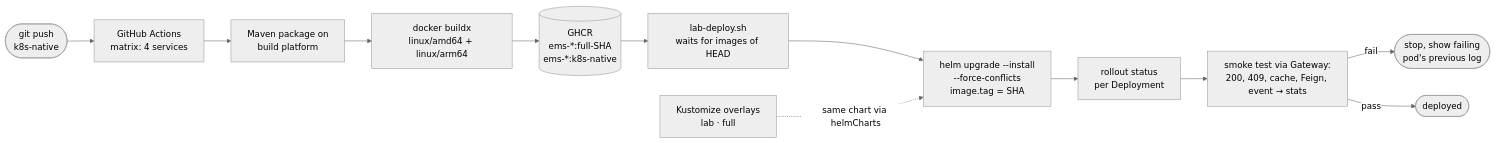
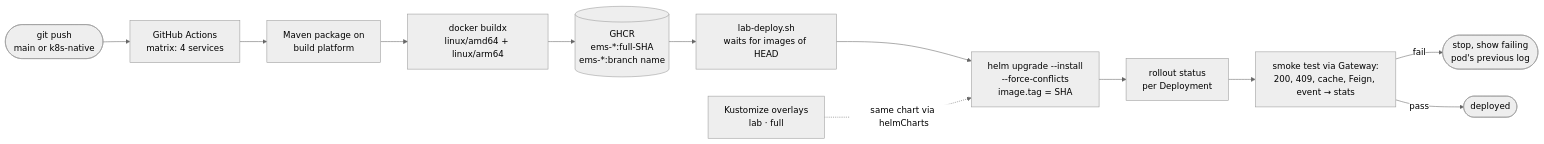
One commit to UchihaIthachi/EMS changed diagram 19 of 24 in docs/diagrams.md. Above: the diagram before and after it, drawn with Mermaid (neutral theme). The commit also changed 2 other files, not shown here.

Commit message:
Docs: refer to v0-legacy tag for the old version; ready to merge to main

````diff
--- a/docs/diagrams.md
+++ b/docs/diagrams.md
@@ -513,14 +513,14 @@
 ```mermaid
 flowchart LR
-  dev([git push<br/>k8s-native]) --> ga[GitHub Actions<br/>matrix: 4 services]
+  dev([git push<br/>main or k8s-native]) --> ga[GitHub Actions<br/>matrix: 4 services]
   ga --> mvn[Maven package on<br/>build platform]
   mvn --> bx[docker buildx<br/>linux/amd64 + linux/arm64]
-  bx --> ghcr[(GHCR<br/>ems-*:full-SHA<br/>ems-*:k8s-native)]
+  bx --> ghcr[(GHCR<br/>ems-*:full-SHA<br/>ems-*:branch name)]
   ghcr --> ld[lab-deploy.sh<br/>waits for images of HEAD]
   ld --> helm[helm upgrade --install<br/>--force-conflicts<br/>image.tag = SHA]
   helm --> roll[rollout status<br/>per Deployment]
   roll --> smoke[smoke test via Gateway:<br/>200, 409, cache, Feign, event → stats]
   smoke -->|fail| stop([stop, show failing<br/>pod's previous log])
   smoke -->|pass| done([deployed])
   kz[Kustomize overlays<br/>lab · full] -. same chart via helmCharts .-> helm
 ```
````
